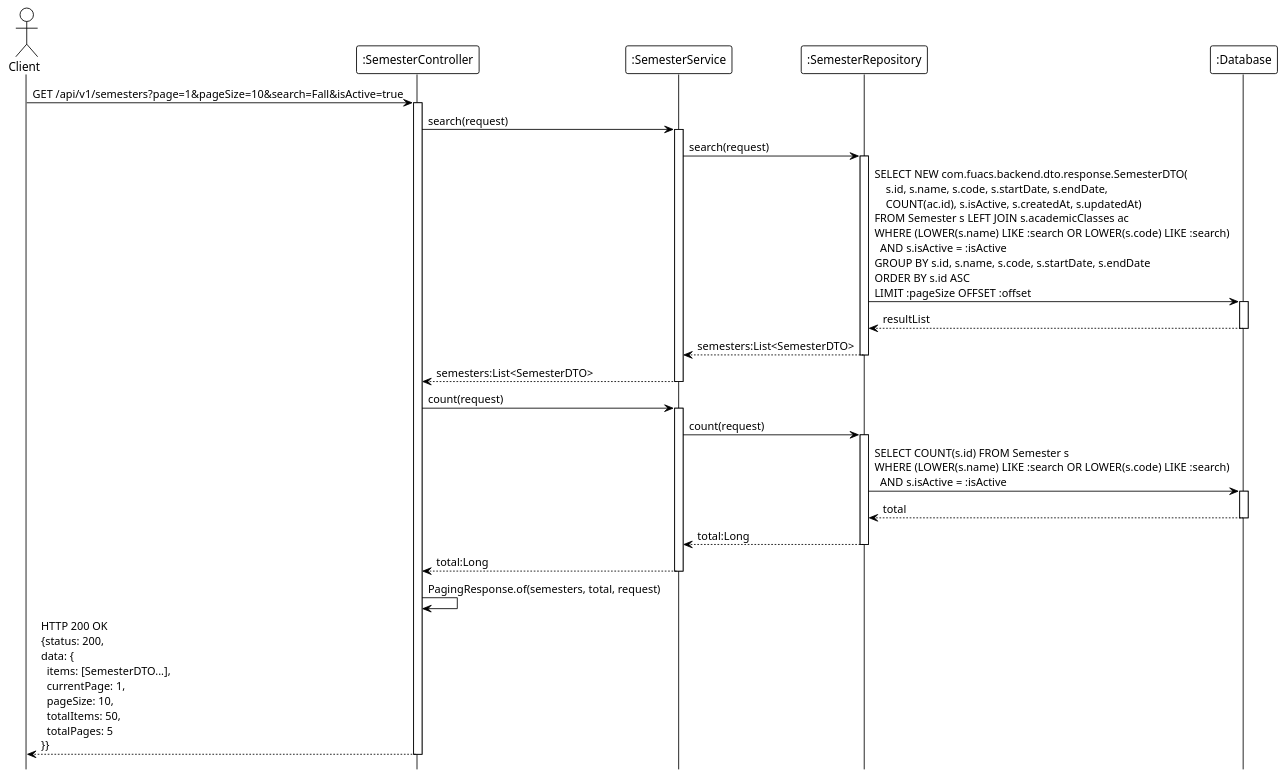
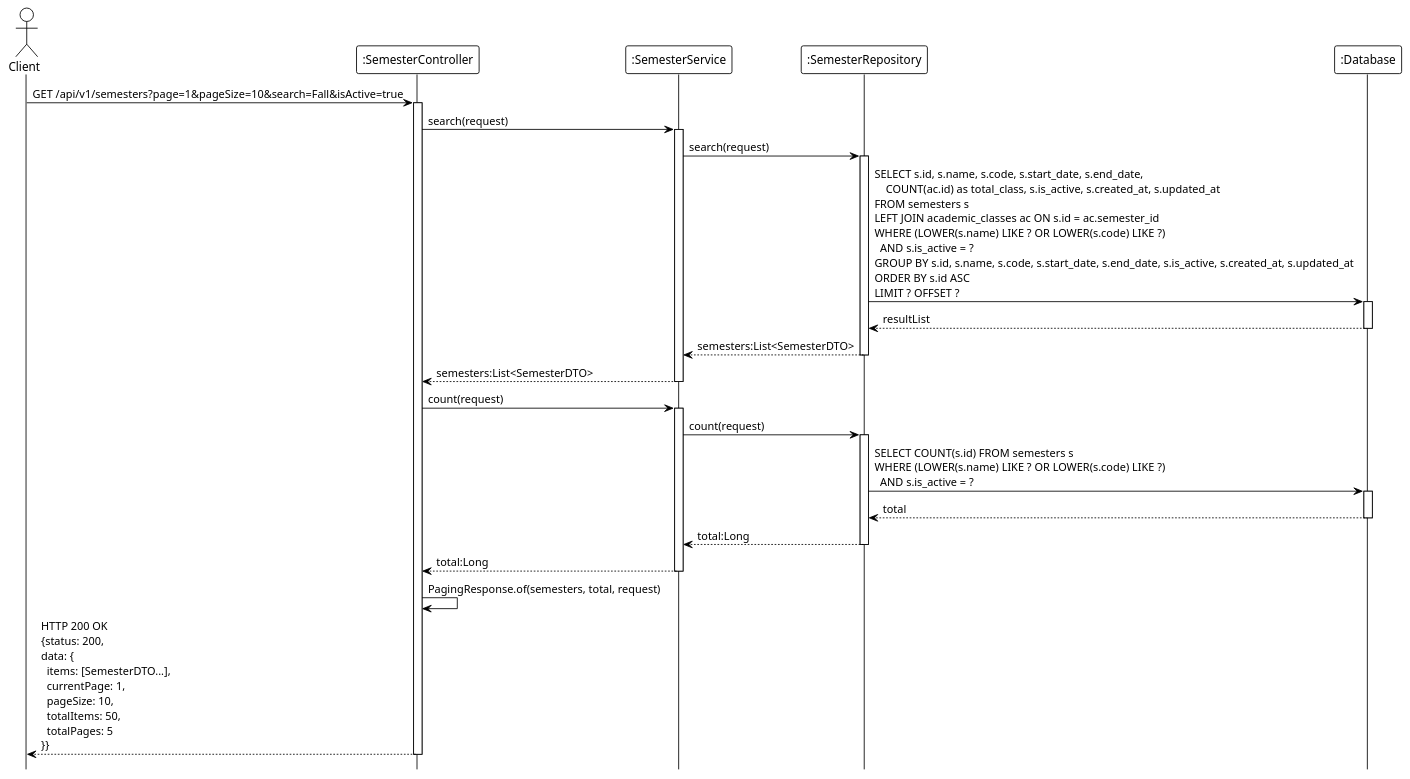
Before and after one commit to Ndh474/context: the diagram in system_detailed_design/05_view_list_semester/sequence_diagram_view_list_semester.puml, drawn with PlantUML. The commit also changed 6 other files, not shown here.

First line of the commit message:
feat(diagrams): Add class and sequence diagrams for Create and View List Major functionalities; update View List Semester query syntax

```diff
--- a/system_detailed_design/05_view_list_semester/sequence_diagram_view_list_semester.puml
+++ b/system_detailed_design/05_view_list_semester/sequence_diagram_view_list_semester.puml
@@ -1,53 +1,53 @@
 @startuml View List Semester
 !theme plain
 hide footbox
 
 actor Client
 participant ":SemesterController" as Controller
 participant ":SemesterService" as Service
 participant ":SemesterRepository" as Repository
 participant ":Database" as DB
 
 Client -> Controller: GET /api/v1/semesters?page=1&pageSize=10&search=Fall&isActive=true
 activate Controller
 
 Controller -> Service: search(request)
 activate Service
 
 Service -> Repository: search(request)
 activate Repository
 
-Repository -> DB: SELECT NEW com.fuacs.backend.dto.response.SemesterDTO(\n    s.id, s.name, s.code, s.startDate, s.endDate,\n    COUNT(ac.id), s.isActive, s.createdAt, s.updatedAt)\nFROM Semester s LEFT JOIN s.academicClasses ac\nWHERE (LOWER(s.name) LIKE :search OR LOWER(s.code) LIKE :search)\n  AND s.isActive = :isActive\nGROUP BY s.id, s.name, s.code, s.startDate, s.endDate\nORDER BY s.id ASC\nLIMIT :pageSize OFFSET :offset
+Repository -> DB: SELECT s.id, s.name, s.code, s.start_date, s.end_date,\n    COUNT(ac.id) as total_class, s.is_active, s.created_at, s.updated_at\nFROM semesters s\nLEFT JOIN academic_classes ac ON s.id = ac.semester_id\nWHERE (LOWER(s.name) LIKE ? OR LOWER(s.code) LIKE ?)\n  AND s.is_active = ?\nGROUP BY s.id, s.name, s.code, s.start_date, s.end_date, s.is_active, s.created_at, s.updated_at\nORDER BY s.id ASC\nLIMIT ? OFFSET ?
 activate DB
 DB --> Repository: resultList
 deactivate DB
 
 Repository --> Service: semesters:List<SemesterDTO>
 deactivate Repository
 
 Service --> Controller: semesters:List<SemesterDTO>
 deactivate Service
 
 Controller -> Service: count(request)
 activate Service
 
 Service -> Repository: count(request)
 activate Repository
 
-Repository -> DB: SELECT COUNT(s.id) FROM Semester s\nWHERE (LOWER(s.name) LIKE :search OR LOWER(s.code) LIKE :search)\n  AND s.isActive = :isActive
+Repository -> DB: SELECT COUNT(s.id) FROM semesters s\nWHERE (LOWER(s.name) LIKE ? OR LOWER(s.code) LIKE ?)\n  AND s.is_active = ?
 activate DB
 DB --> Repository: total
 deactivate DB
 
 Repository --> Service: total:Long
 deactivate Repository
 
 Service --> Controller: total:Long
 deactivate Service
 
 Controller -> Controller: PagingResponse.of(semesters, total, request)
 
 Controller --> Client: HTTP 200 OK\n{status: 200,\ndata: {\n  items: [SemesterDTO...],\n  currentPage: 1,\n  pageSize: 10,\n  totalItems: 50,\n  totalPages: 5\n}}
 deactivate Controller
 
 @enduml
```
